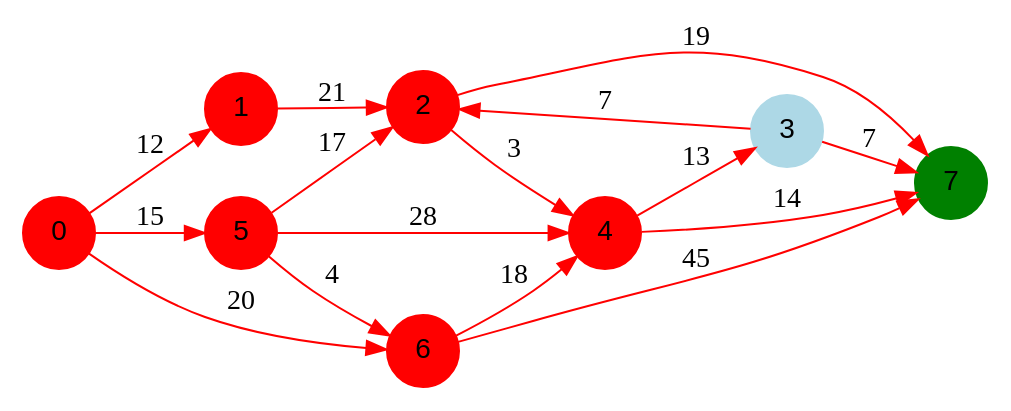
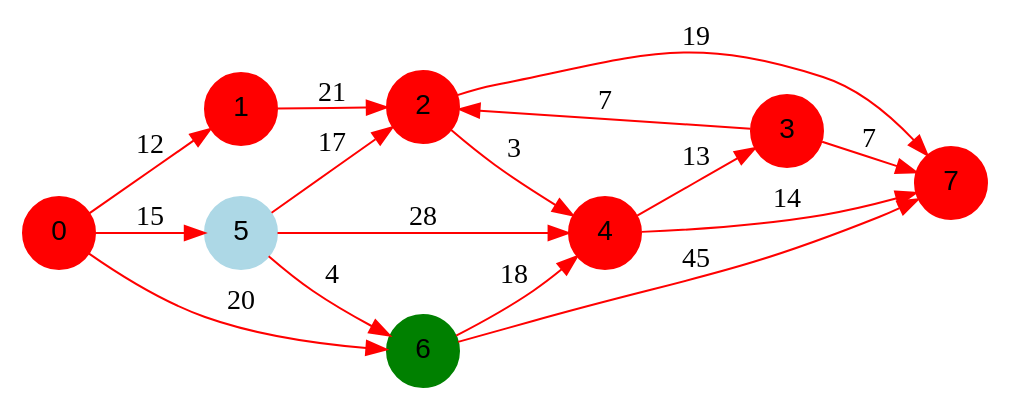
One commit to benech17/Shortest-Path changed the diagram in programme1/output/dotFiles/graph1/graph1_6.dot. Above: the diagram before and after it, drawn with Graphviz. The commit also changed 19 other files, not shown here.

```diff
--- a/programme1/output/dotFiles/graph1/graph1_6.dot
+++ b/programme1/output/dotFiles/graph1/graph1_6.dot
@@ -1,27 +1,27 @@
 digraph graphe {
 rankdir = LR;
 edge [color=red];
 0 [fontname="Arial", shape = circle, color=red, style=filled];
 1 [fontname="Arial", shape = circle, color=red, style=filled];
 2 [fontname="Arial", shape = circle, color=red, style=filled];
-3 [fontname="Arial", shape = circle, color=lightblue, style=filled];
+3 [fontname="Arial", shape = circle, color=red, style=filled];
 4 [fontname="Arial", shape = circle, color=red, style=filled];
-5 [fontname="Arial", shape = circle, color=red, style=filled];
-6 [fontname="Arial", shape = circle, color=red, style=filled];
-7 [fontname="Arial", shape = circle, color=green, style=filled];
+5 [fontname="Arial", shape = circle, color=lightblue, style=filled];
+6 [fontname="Arial", shape = circle, color=green, style=filled];
+7 [fontname="Arial", shape = circle, color=red, style=filled];
 	0 -> 1 [label = "12"];
 	0 -> 5 [label = "15"];
 	0 -> 6 [label = "20"];
 	1 -> 2 [label = "21"];
 	2 -> 4 [label = "3"];
 	2 -> 7 [label = "19"];
 	3 -> 2 [label = "7"];
 	3 -> 7 [label = "7"];
 	4 -> 3 [label = "13"];
 	4 -> 7 [label = "14"];
 	5 -> 2 [label = "17"];
 	5 -> 4 [label = "28"];
 	5 -> 6 [label = "4"];
 	6 -> 4 [label = "18"];
 	6 -> 7 [label = "45"];
 }
```
